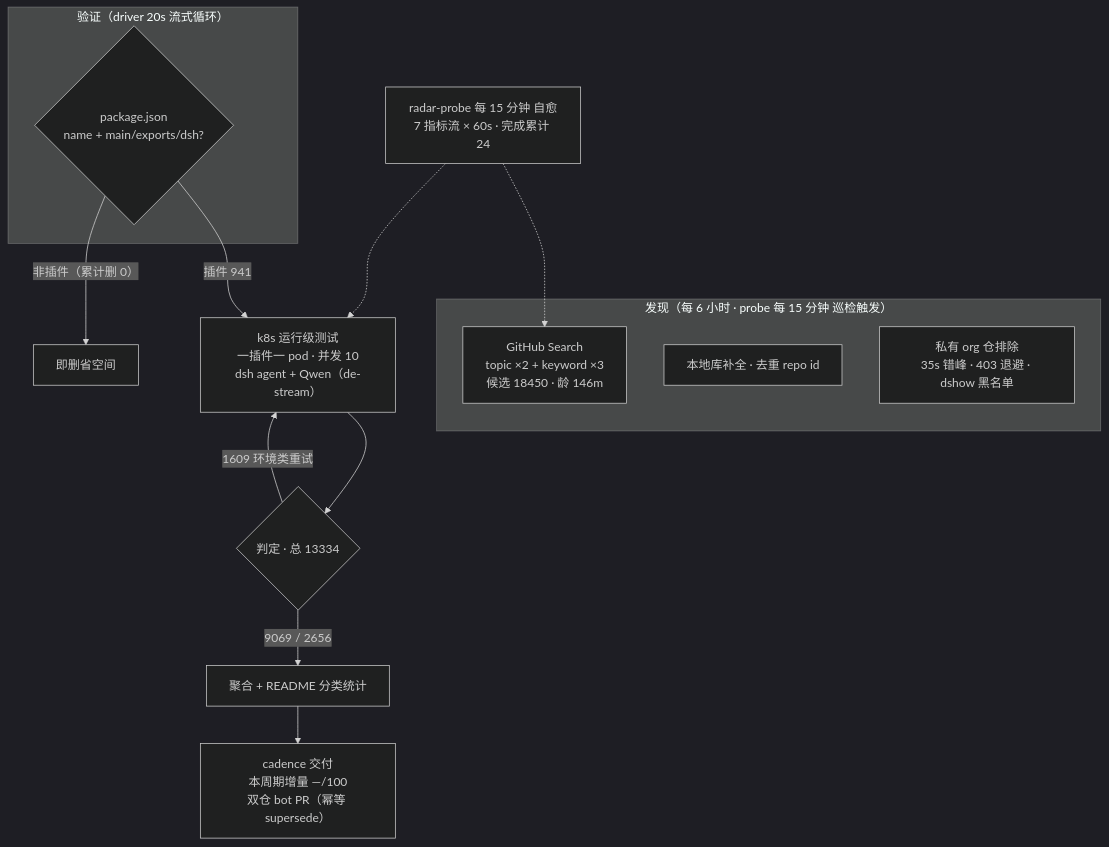
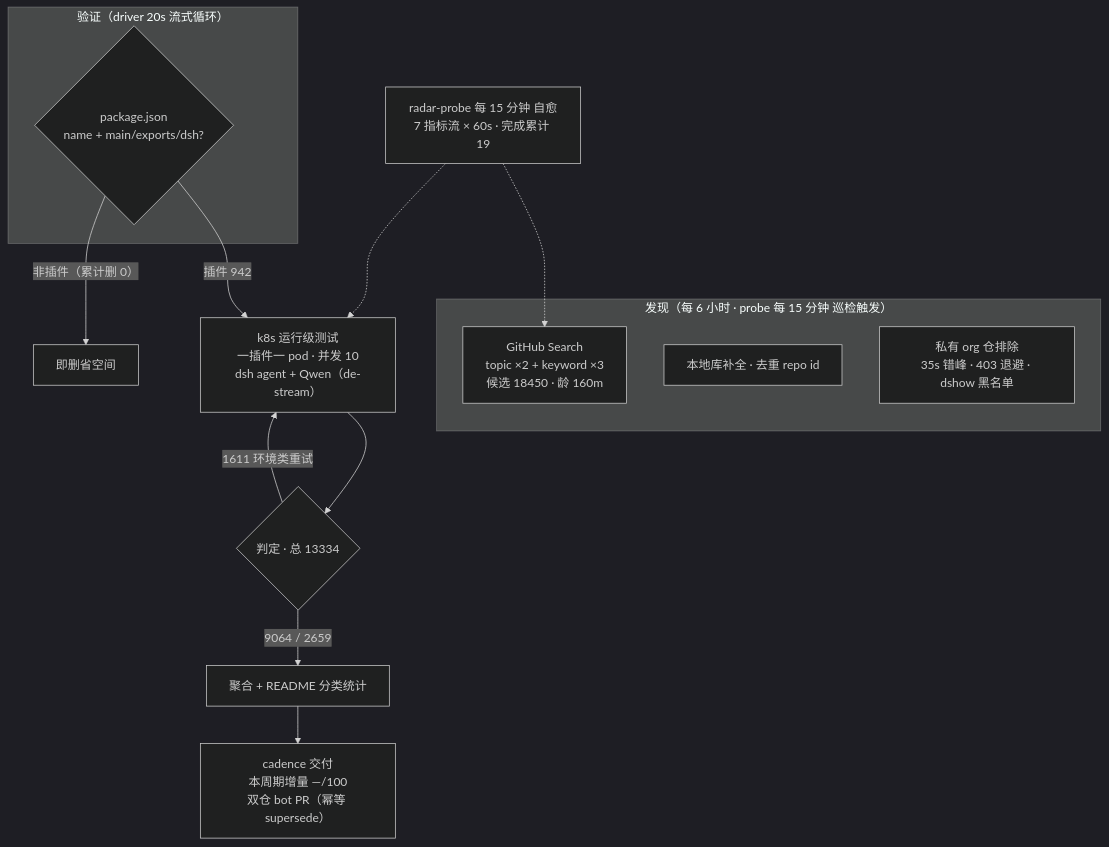
One commit to AdamPlatin123/awesome-dsh-plugins changed the diagram in README.md. Above: the diagram before and after it, drawn with Mermaid (dark theme). The commit also changed other lines of this file and 10 other files, not shown here.

````diff
--- a/README.md
+++ b/README.md
@@ -52,20 +52,20 @@
 ```mermaid
 flowchart TB
     subgraph Discovery["发现（每 6 小时 · probe 每 15 分钟 巡检触发）"]
-        A1["GitHub Search<br/>topic ×2 + keyword ×3<br/>候选 18450 · 龄 146m"]
+        A1["GitHub Search<br/>topic ×2 + keyword ×3<br/>候选 18450 · 龄 160m"]
         A2["本地库补全 · 去重 repo id"]
         A3["私有 org 仓排除<br/>35s 错峰 · 403 退避 · dshow 黑名单"]
     end
     subgraph Validation["验证（driver 20s 流式循环）"]
         B1{"package.json<br/>name + main/exports/dsh?"}
     end
-    B1 -->|"插件 941"| C1["k8s 运行级测试<br/>一插件一 pod · 并发 10<br/>dsh agent + Qwen（de-stream）"]
+    B1 -->|"插件 942"| C1["k8s 运行级测试<br/>一插件一 pod · 并发 10<br/>dsh agent + Qwen（de-stream）"]
     B1 -->|"非插件（累计删 0）"| B3["即删省空间"]
     C1 --> D1{"判定 · 总 13334"}
-    D1 -->|"9069 / 2656"| E1["聚合 + README 分类统计"]
-    D1 -->|"1609 环境类重试"| C1
+    D1 -->|"9064 / 2659"| E1["聚合 + README 分类统计"]
+    D1 -->|"1611 环境类重试"| C1
     E1 --> E2["cadence 交付<br/>本周期增量 —/100<br/>双仓 bot PR（幂等 supersede）"]
-    M["radar-probe 每 15 分钟 自愈<br/>7 指标流 × 60s · 完成累计 24"]
+    M["radar-probe 每 15 分钟 自愈<br/>7 指标流 × 60s · 完成累计 19"]
     M -.-> A1
     M -.-> C1
 ```
````
